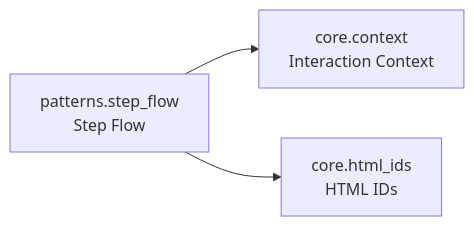
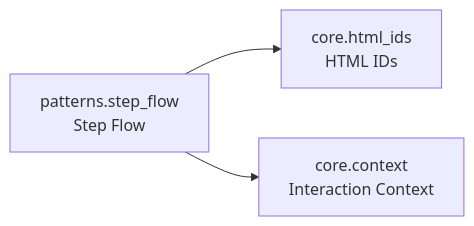
The diagram in README.md (cj-mills/cjm-fasthtml-interactions), drawn with Mermaid before and after one commit. The commit also changed other lines of this file and 3 other files, not shown here.

Commit message:
Add validation enforcement to StepFlow.

````diff
--- a/README.md
+++ b/README.md
@@ -25,9 +25,9 @@
 ``` mermaid
 graph LR
     core_context[core.context<br/>Interaction Context]
     core_html_ids[core.html_ids<br/>HTML IDs]
     patterns_step_flow[patterns.step_flow<br/>Step Flow]
 
+    patterns_step_flow --> core_html_ids
     patterns_step_flow --> core_context
-    patterns_step_flow --> core_html_ids
 ```
````
